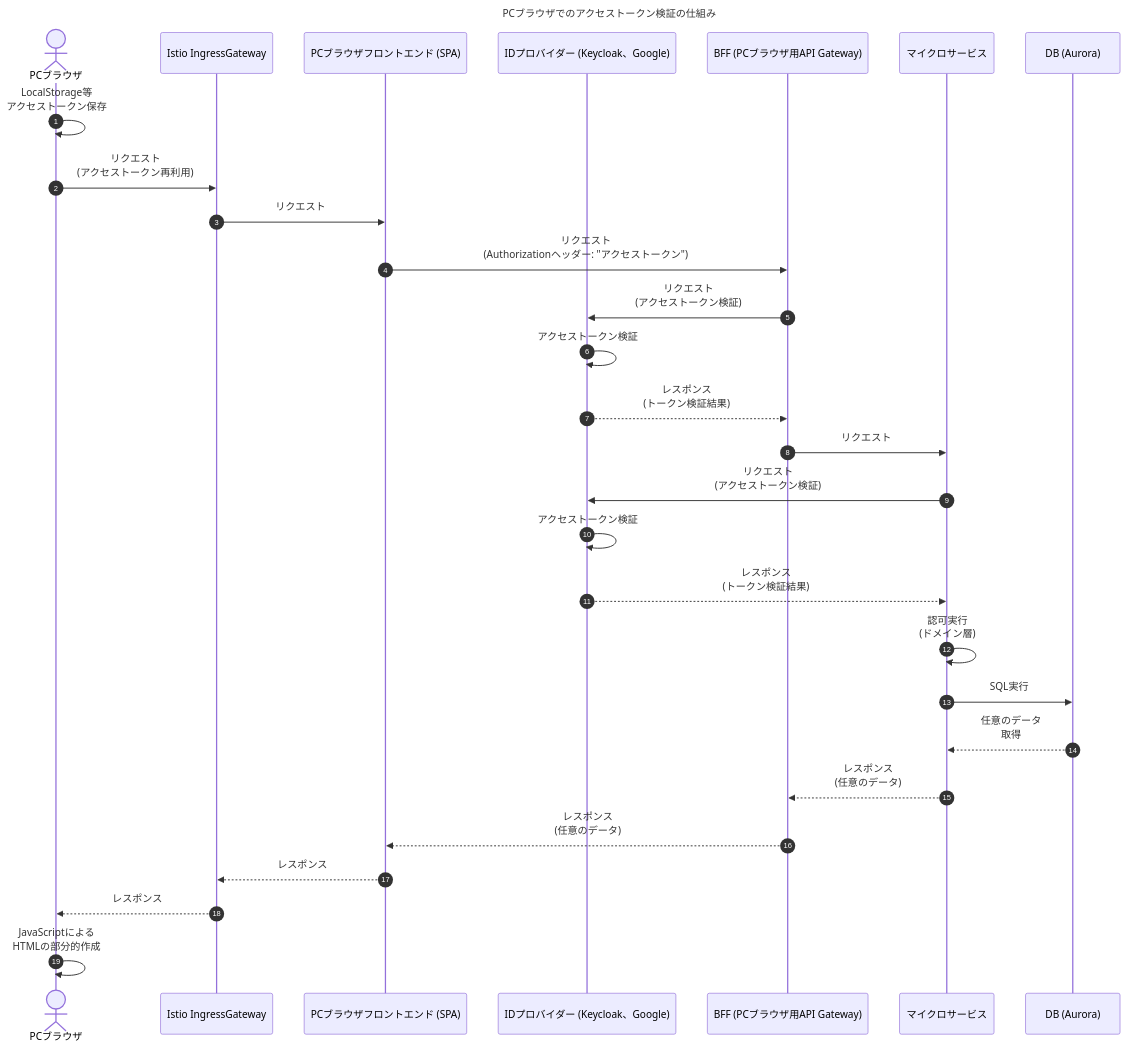
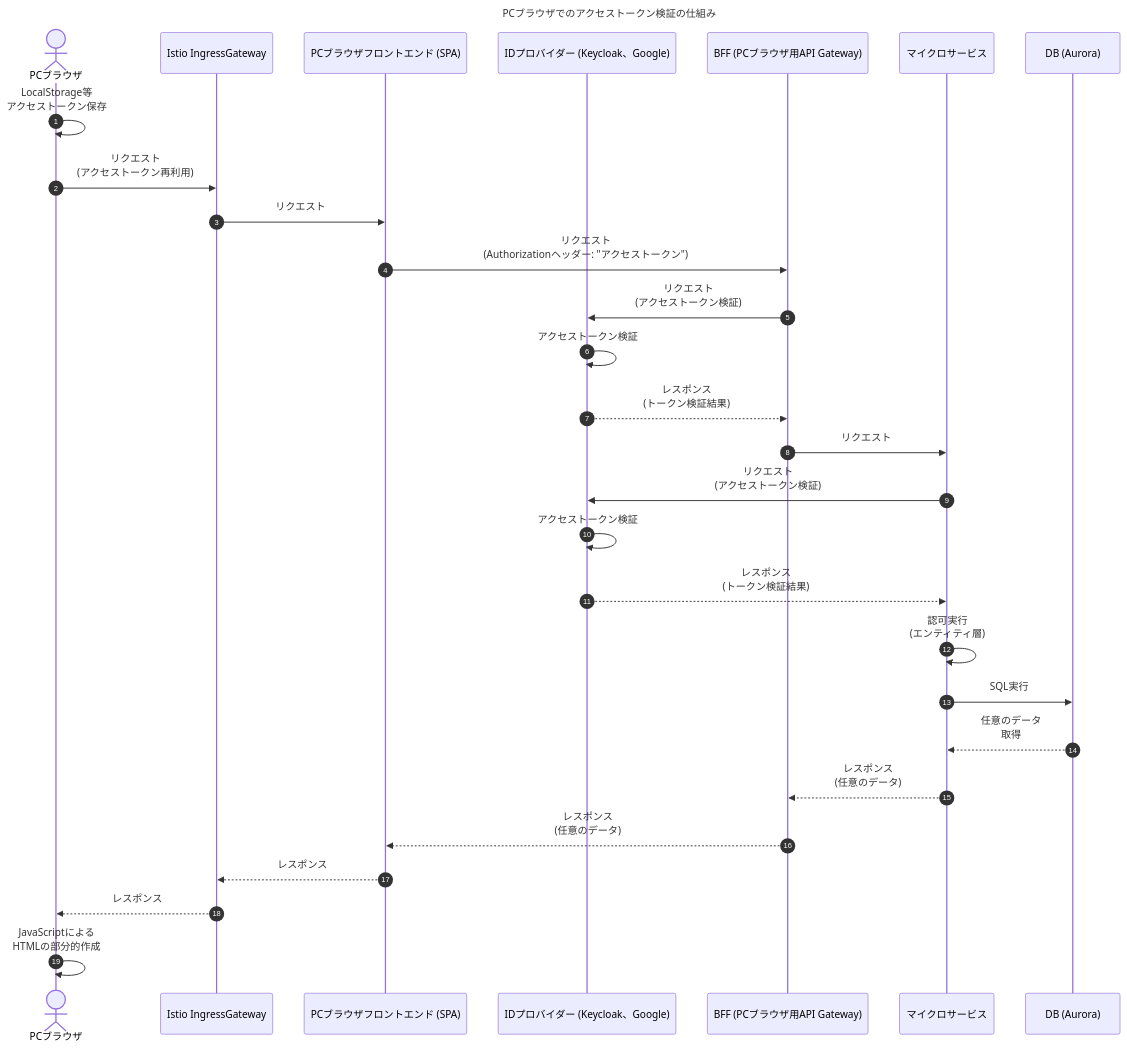
Before and after one commit to hiroki-it/tech-notebook: diagram 17 of 18 in docs/software/software_application_architecture_microservices_cloudnative_application.md, drawn with Mermaid. The commit also changed other lines of this file and 17 other files, not shown here.

````diff
--- a/docs/software/software_application_architecture_microservices_cloudnative_application.md
+++ b/docs/software/software_application_architecture_microservices_cloudnative_application.md
@@ -1202,55 +1203,54 @@
 ```mermaid
 ---
 title: PCブラウザでのアクセストークン検証の仕組み
 ---
 sequenceDiagram
 
     autonumber
 
     actor PCブラウザ
     participant PCブラウザ
     participant Istio IngressGateway
     participant PCブラウザフロントエンド (SPA)
     participant IDプロバイダー (Keycloak、Google)
     participant BFF (PCブラウザ用API Gateway)
     participant マイクロサービス
     participant DB (Aurora)
 
     PCブラウザ ->> PCブラウザ : LocalStorage等<br>アクセストークン保存
 
     PCブラウザ ->> Istio IngressGateway: リクエスト<br>(アクセストークン再利用)
 
     Istio IngressGateway ->> PCブラウザフロントエンド (SPA) : リクエスト
 
     PCブラウザフロントエンド (SPA) ->> BFF (PCブラウザ用API Gateway): リクエスト<br>(Authorizationヘッダー: "アクセストークン")
 
     BFF (PCブラウザ用API Gateway) ->> IDプロバイダー (Keycloak、Google) : リクエスト<br>(アクセストークン検証)
 
     IDプロバイダー (Keycloak、Google) ->> IDプロバイダー (Keycloak、Google) : アクセストークン検証
 
     IDプロバイダー (Keycloak、Google) -->> BFF (PCブラウザ用API Gateway) : レスポンス<br>(トークン検証結果)
 
     BFF (PCブラウザ用API Gateway) ->> マイクロサービス : リクエスト
 
     マイクロサービス ->> IDプロバイダー (Keycloak、Google) : リクエスト<br>(アクセストークン検証)
 
     IDプロバイダー (Keycloak、Google) ->> IDプロバイダー (Keycloak、Google) : アクセストークン検証
 
     IDプロバイダー (Keycloak、Google) -->> マイクロサービス : レスポンス<br>(トークン検証結果)
-
-    マイクロサービス ->> マイクロサービス: 認可実行<br>(ドメイン層)
+    マイクロサービス ->> マイクロサービス: 認可実行<br>(エンティティ層)
 
     マイクロサービス ->> DB (Aurora): SQL実行
 
     DB (Aurora) -->> マイクロサービス : 任意のデータ<br>取得
 
     マイクロサービス -->> BFF (PCブラウザ用API Gateway) : レスポンス<br>(任意のデータ)
 
     BFF (PCブラウザ用API Gateway) -->> PCブラウザフロントエンド (SPA) : レスポンス<br>(任意のデータ)
 
     PCブラウザフロントエンド (SPA) -->> Istio IngressGateway: レスポンス
 
     Istio IngressGateway -->> PCブラウザ: レスポンス
 
     PCブラウザ ->> PCブラウザ: JavaScriptによる<br>HTMLの部分的作成
 ```
````
